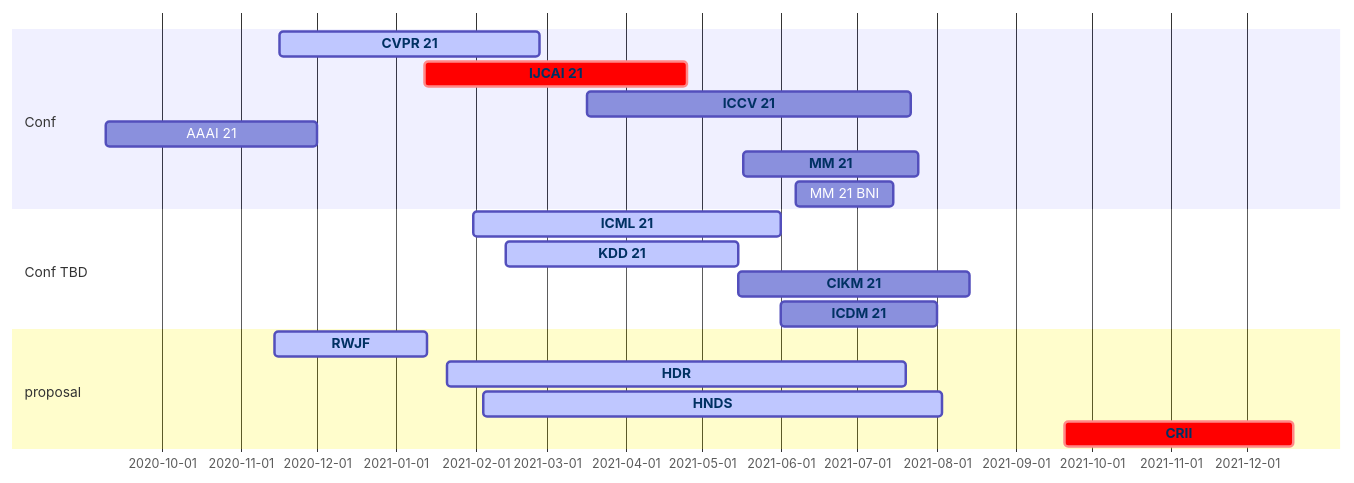
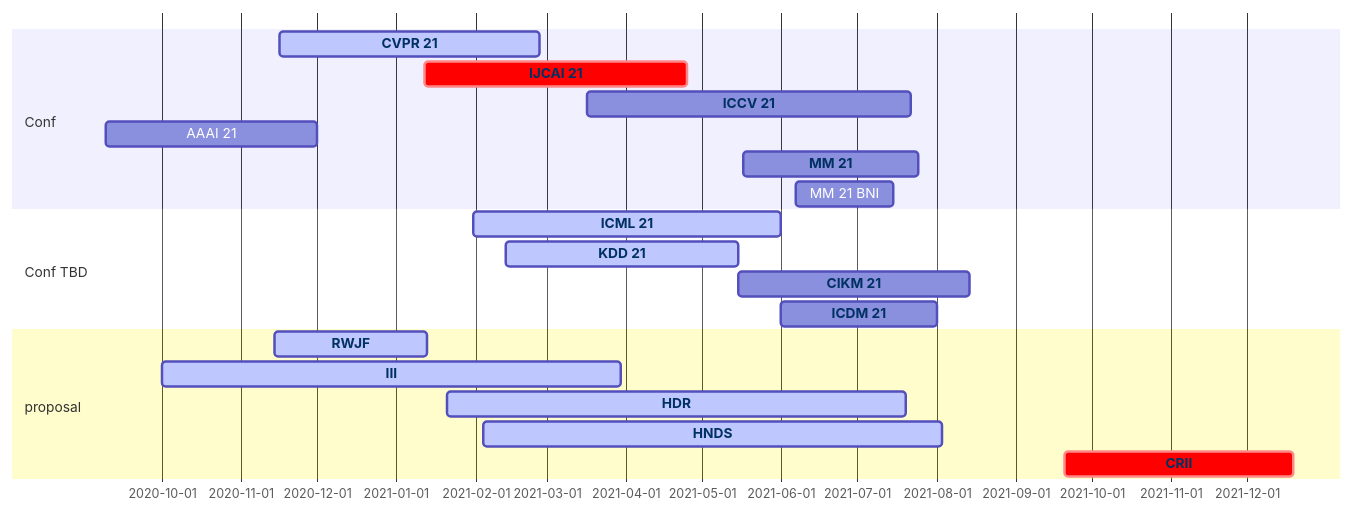
One commit to aquastar/academic-kickstart changed the diagram in content/post/conf/index.md. Above: the diagram before and after it, drawn with Mermaid.

````diff
--- a/content/post/conf/index.md
+++ b/content/post/conf/index.md
@@ -16,35 +16,37 @@
 ```mermaid
 gantt
   dateFormat  MM/DD/YY
   section Conf
     CVPR 21 :active, cvpr, 11/16/20, 02/26/21
     IJCAI 21 :crit, ijcai, 01/12/21, 04/25/21
     ICCV 21 :iccv, 03/17/21, 07/22/21
     AAAI 21 :aaai, 09/09/20, 12/01/20
     MM 21:mm, 05/17/21, 07/25/21
     MM 21 BNI:mmbni, 06/07/21, 07/15/21
   section Conf TBD
     ICML 21:active, icml, 01/31/21, 06/01/21
     KDD 21:active, kdd, 02/13/21, 05/15/21
     CIKM 21:cikm, 05/15/21, 08/14/21
     ICDM 21:icdm, 06/01/21, 08/01/21
   section proposal
     RWJF :active, rwjf, 11/14/20, 60d
+    III: active, iii, 10/01/20, 180d
     HDR :active, hdr, 01/21/21, 180d
     HNDS :active, hnds, 02/04/21, 180d
     CRII :crit, crii, 09/20/21, 90d 
 
   click cvpr href "http://cvpr2021.thecvf.com/"
   click iccv href "http://iccv2021.thecvf.com/"
   click icml href "https://mermaidjs.github.io/"
   click ijcai href "http://www.ijcai-21.org/"
   click kdd href "http://www.kdd.org/kdd2021"
   click www href "https://www2021.thewebconf.org/"
   click cikm href "https://www.cikm2021.org/"
   click icdm href "http://icdm2021.bigke.org"
   click mm href "https://2020.acmmm.org/index.html"
   click crii href "https://www.nsf.gov/funding/pgm_summ.jsp?pims_id=504952"
   click hdr href "https://www.nsf.gov/funding/pgm_summ.jsp?pims_id=505828&org=NSF&sel_org=CISE&from=fund"
   click hnds href "https://www.nsf.gov/funding/pgm_summ.jsp?pims_id=505702"
   click rwjf href "https://anr.rwjf.org/viewCfp.do?cfpId=1509&cfpOverviewId="
+  click iii href "https://www.nsf.gov/funding/pgm_summ.jsp?pims_id=505667&org=NSF"
 ```
````
